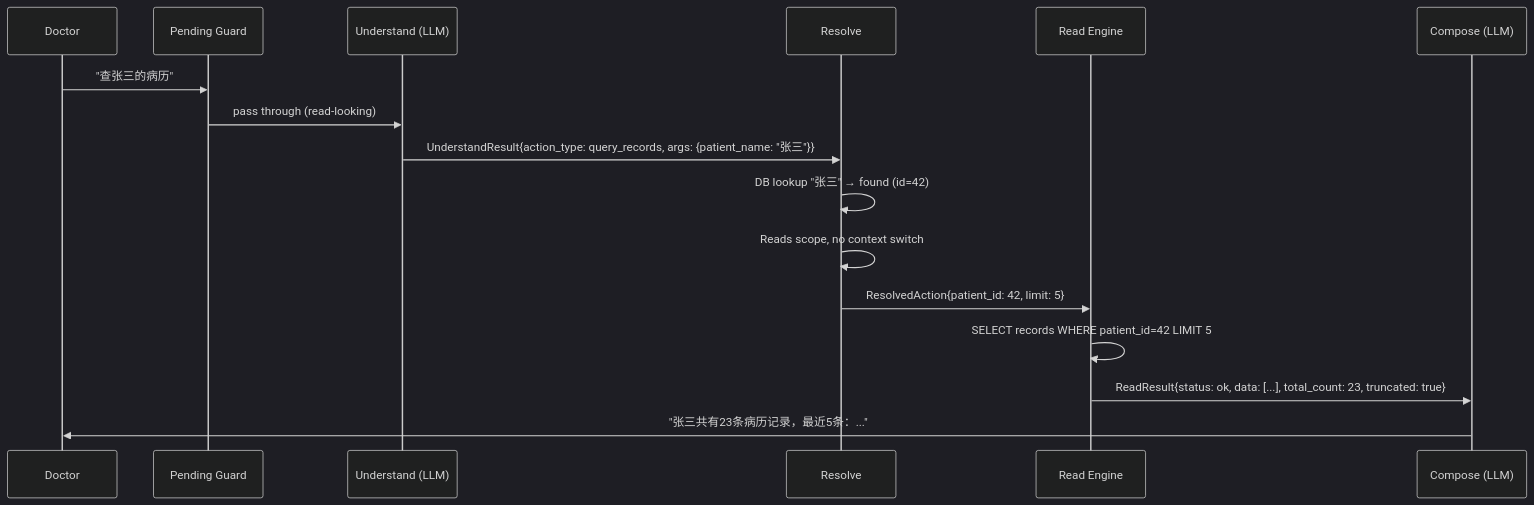
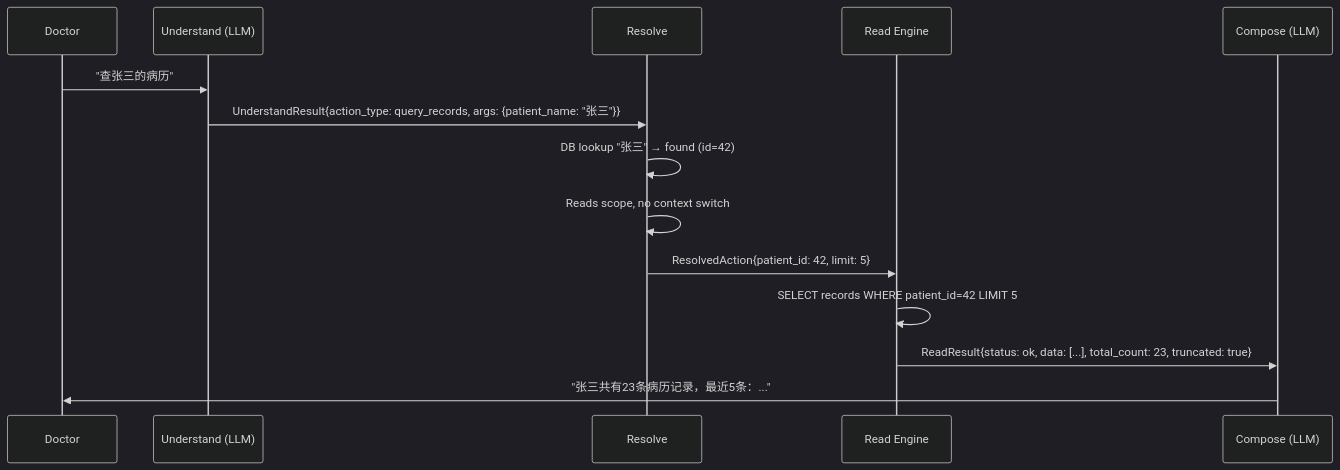
One commit to moments8890/doctor-ai-agent changed the second of 7 diagrams in docs/adr/0012-architecture-diagram.md. Above: the diagram before and after it, drawn with Mermaid (dark theme). The commit also changed other lines of this file and 2 other files, not shown here.

First line of the commit message:
docs: drop draft guard as architectural layer, fold into deterministic handler

````diff
--- a/docs/adr/0012-architecture-diagram.md
+++ b/docs/adr/0012-architecture-diagram.md
@@ -70,19 +63,17 @@
 ```mermaid
 sequenceDiagram
     participant D as Doctor
-    participant PG as Pending Guard
     participant U as Understand (LLM)
     participant R as Resolve
     participant RE as Read Engine
     participant C as Compose (LLM)
 
-    D->>PG: "查张三的病历"
-    PG->>U: pass through (read-looking)
+    D->>U: "查张三的病历"
     U->>R: UnderstandResult{action_type: query_records, args: {patient_name: "张三"}}
     R->>R: DB lookup "张三" → found (id=42)
     R->>R: Reads scope, no context switch
     R->>RE: ResolvedAction{patient_id: 42, limit: 5}
     RE->>RE: SELECT records WHERE patient_id=42 LIMIT 5
     RE->>C: ReadResult{status: ok, data: [...], total_count: 23, truncated: true}
     C->>D: "张三共有23条病历记录，最近5条：..."
 ```
````
